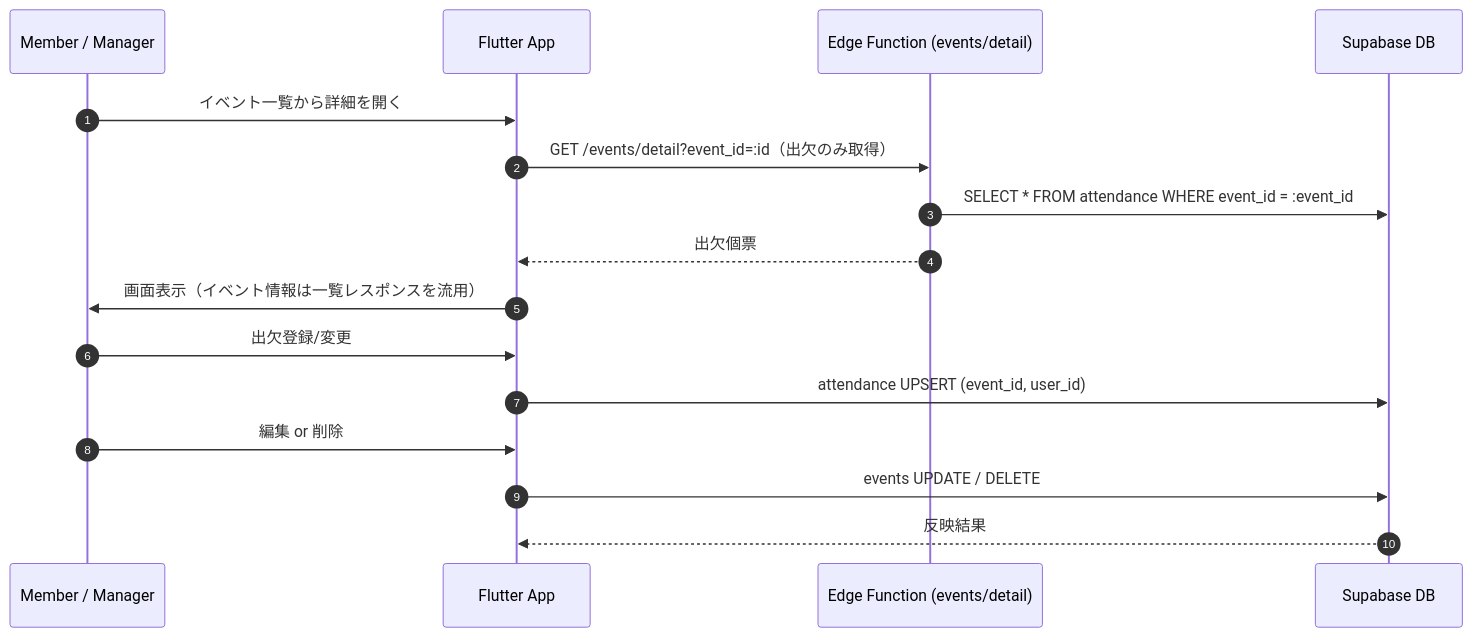
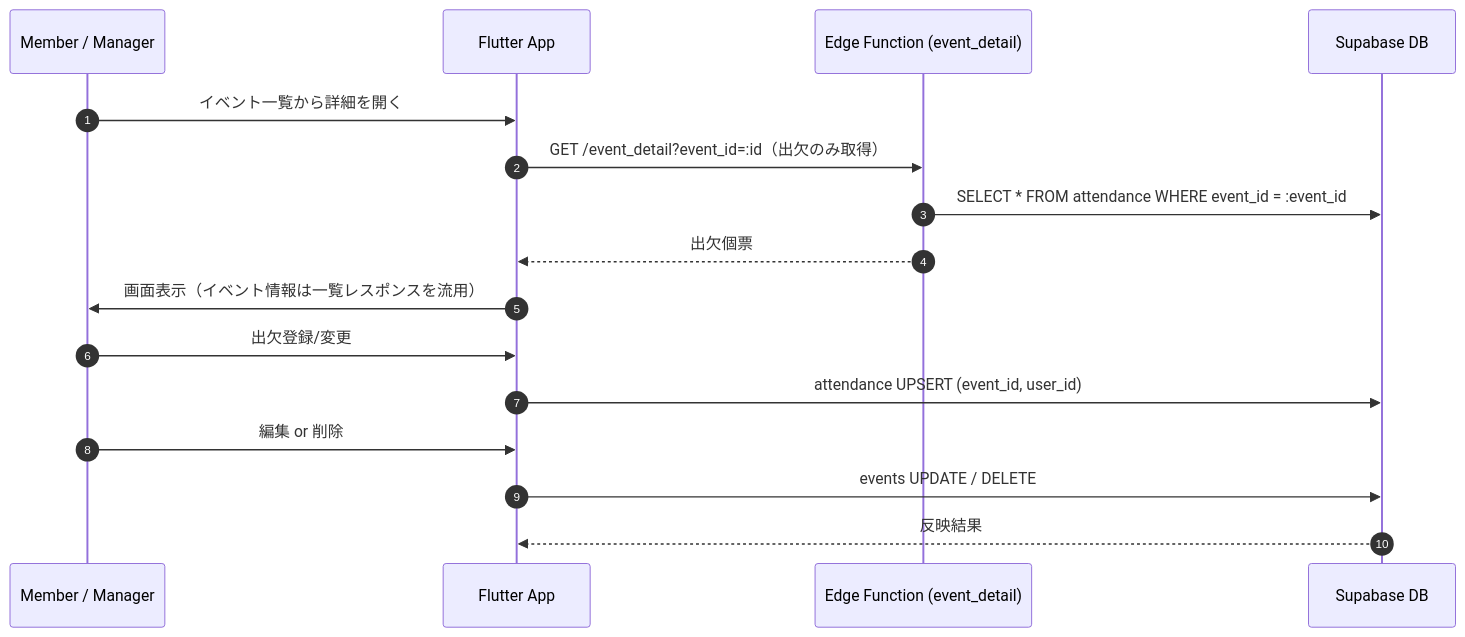
The diagram in docs/DESIGN_DOCS/events/event_detail.md (kerokerotur/banars-app), drawn with Mermaid before and after one commit. The commit also changed other lines of this file and 28 other files, not shown here.

````diff
--- a/docs/DESIGN_DOCS/events/event_detail.md
+++ b/docs/DESIGN_DOCS/events/event_detail.md
@@ -4,19 +4,19 @@
 ```mermaid
 sequenceDiagram
     autonumber
     participant Member as Member / Manager
     participant App as Flutter App
-    participant Edge as Edge Function (events/detail)
+    participant Edge as Edge Function (event_detail)
     participant DB as Supabase DB
 
     Member->>App: イベント一覧から詳細を開く
-    App->>Edge: GET /events/detail?event_id=:id（出欠のみ取得）
+    App->>Edge: GET /event_detail?event_id=:id（出欠のみ取得）
     Edge->>DB: SELECT * FROM attendance WHERE event_id = :event_id
     Edge-->>App: 出欠個票
     App->>Member: 画面表示（イベント情報は一覧レスポンスを流用）
     Member->>App: 出欠登録/変更
     App->>DB: attendance UPSERT (event_id, user_id)
     Member->>App: 編集 or 削除
     App->>DB: events UPDATE / DELETE
     DB-->>App: 反映結果
 ```
````
